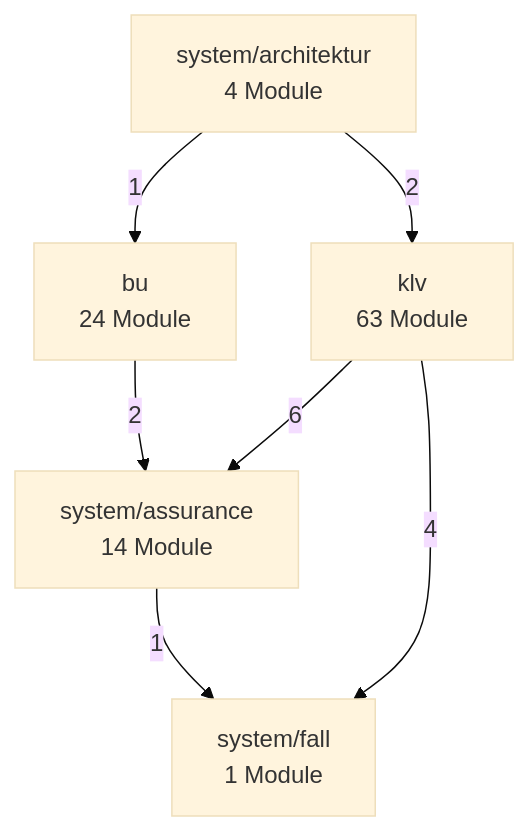
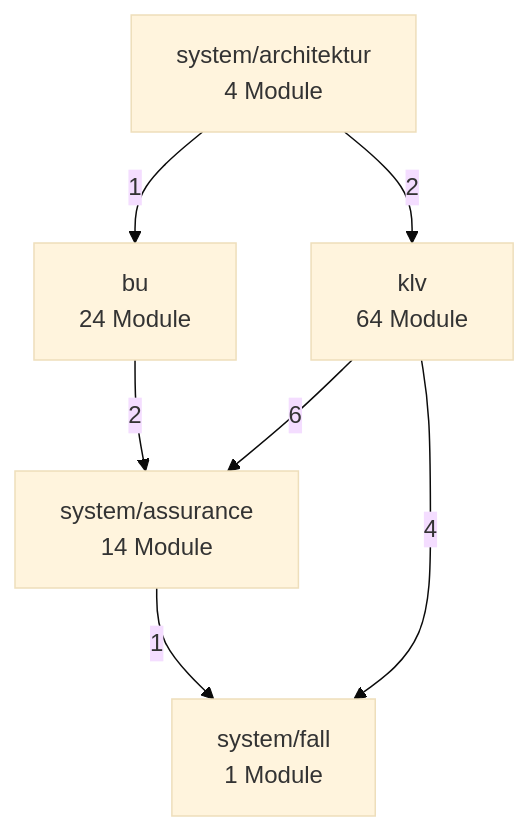
Before and after one commit to bartlmac/rechner-pipeline: the second of 3 diagrams in docs/architektur/landkarte.md, drawn with Mermaid (base theme). The commit also changed other lines of this file and 2 other files, not shown here.

````diff
--- a/docs/architektur/landkarte.md
+++ b/docs/architektur/landkarte.md
@@ -73,15 +73,15 @@
 ```mermaid
 %% Fachknoten — erzeugt von ontologie.landkarte
 flowchart TD
     bu["bu<br/>24 Module"]
-    klv["klv<br/>63 Module"]
+    klv["klv<br/>64 Module"]
     system_architektur["system/architektur<br/>4 Module"]
     system_assurance["system/assurance<br/>14 Module"]
     system_fall["system/fall<br/>1 Module"]
     bu -- 2 --> system_assurance
     klv -- 6 --> system_assurance
     klv -- 4 --> system_fall
     system_architektur -- 1 --> bu
     system_architektur -- 2 --> klv
     system_assurance -- 1 --> system_fall
 ```
````
